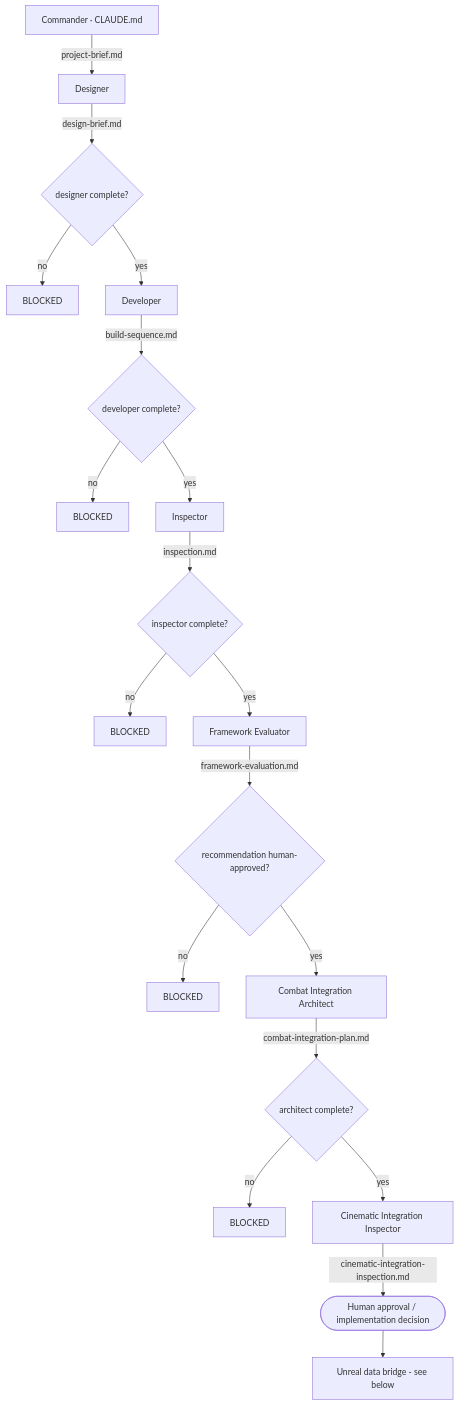
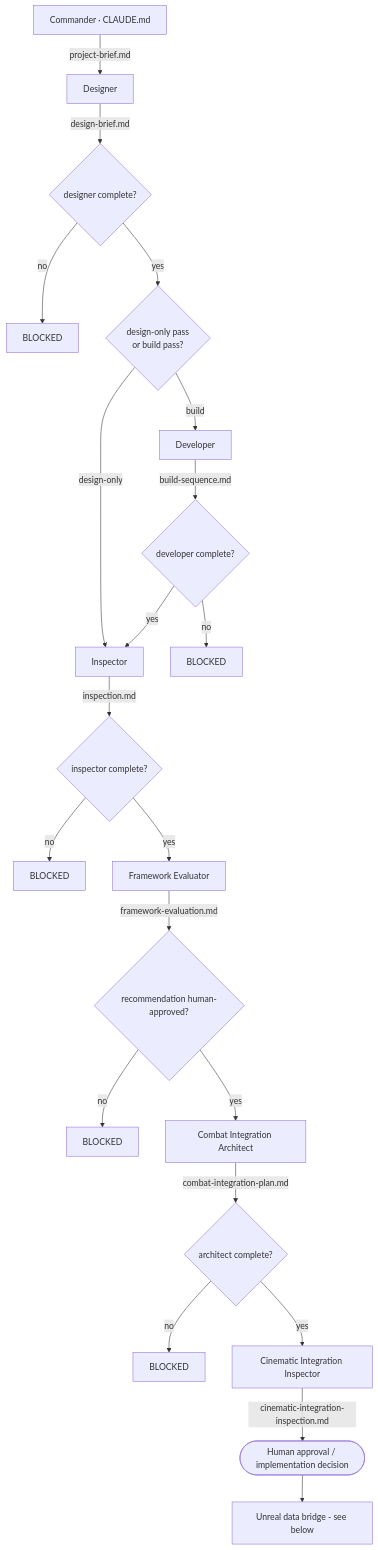
One commit to AthetosTrace/fight-game changed the first of 2 diagrams in CLAUDE.md. Above: the diagram before and after it, drawn with Mermaid. The commit also changed other lines of this file and 24 other files, not shown here.

````diff
--- a/CLAUDE.md
+++ b/CLAUDE.md
@@ -219,21 +238,23 @@
 ```mermaid
 flowchart TD
     C[Commander · CLAUDE.md] -->|project-brief.md| D[Designer]
     D -->|design-brief.md| G1{designer complete?}
     G1 -->|no| X1[BLOCKED]
-    G1 -->|yes| V[Developer]
+    G1 -->|yes| BR{design-only pass<br/>or build pass?}
+    BR -->|design-only| I[Inspector]
+    BR -->|build| V[Developer]
     V -->|build-sequence.md| G2{developer complete?}
     G2 -->|no| X2[BLOCKED]
-    G2 -->|yes| I[Inspector]
+    G2 -->|yes| I
     I -->|inspection.md| G3{inspector complete?}
     G3 -->|no| X3[BLOCKED]
     G3 -->|yes| F[Framework Evaluator]
     F -->|framework-evaluation.md| G4{recommendation human-approved?}
     G4 -->|no| X4[BLOCKED]
     G4 -->|yes| A[Combat Integration Architect]
     A -->|combat-integration-plan.md| G5{architect complete?}
     G5 -->|no| X5[BLOCKED]
     G5 -->|yes| CI[Cinematic Integration Inspector]
     CI -->|cinematic-integration-inspection.md| H([Human approval / implementation decision])
     H --> B1[Unreal data bridge - see below]
 ```
````
